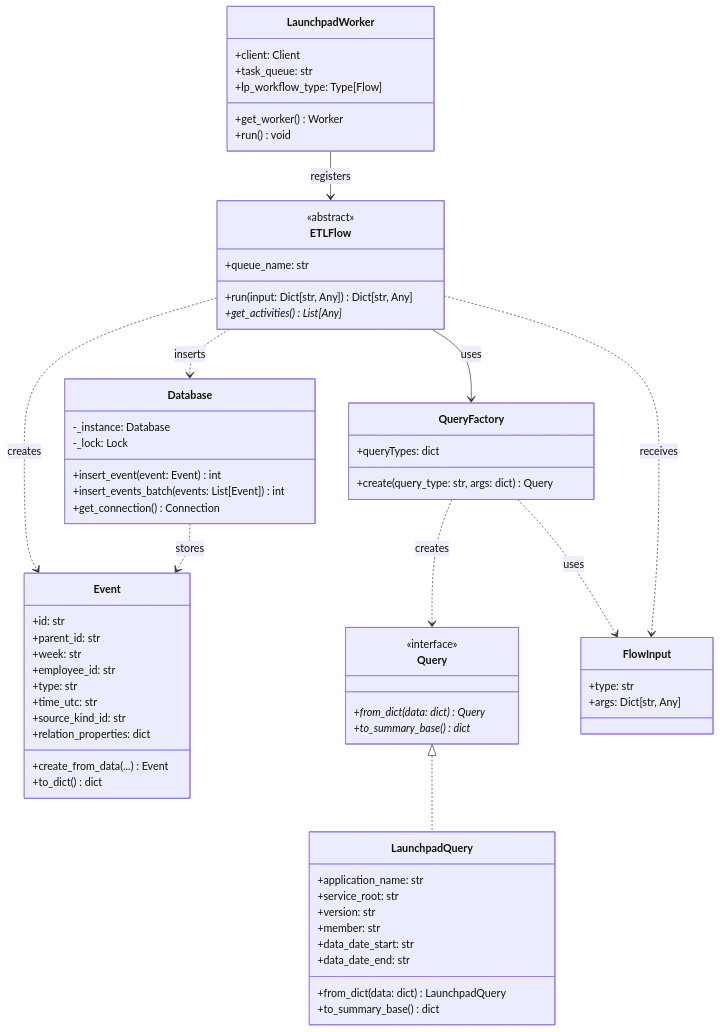
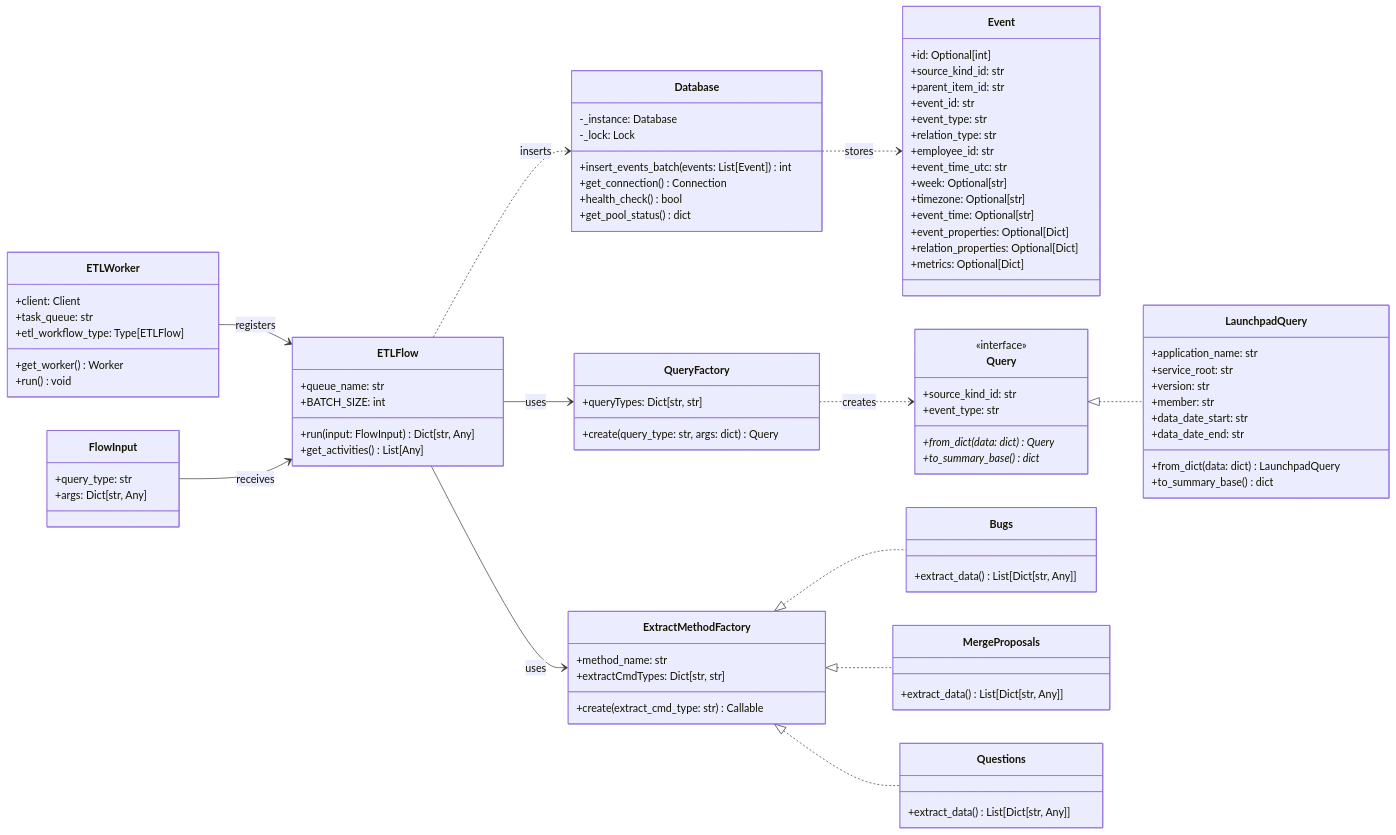
One commit to josecabralf/TemporalETL changed the diagram in README.md. Above: the diagram before and after it, drawn with Mermaid. The commit also changed other lines of this file and 3 other files, not shown here.

Commit message:
Updated readme to reflect changes Also added comments where due Change run_bugs_worker.py to worker.py after accomplishing standarization objective.

````diff
--- a/README.md
+++ b/README.md
@@ -30,79 +33,109 @@
 ```mermaid
 classDiagram
+direction LR
     class ETLFlow {
-        <<abstract>>
-        +queue_name: str
-        +run(input: Dict[str, Any]) Dict[str, Any]
-        +get_activities()* List[Any]
+	    +queue_name: str
+	    +BATCH_SIZE: int
+	    +run(input: FlowInput) Dict[str, Any]
+	    +get_activities() List[Any]
     }
-    
+
     class Event {
-        +id: str
-        +parent_id: str
-        +week: str
-        +employee_id: str
-        +type: str
-        +time_utc: str
-        +source_kind_id: str
-        +relation_properties: dict
-        +create_from_data(...) Event
-        +to_dict() dict
+	    +id: Optional[int]
+	    +source_kind_id: str
+	    +parent_item_id: str
+	    +event_id: str
+	    +event_type: str
+	    +relation_type: str
+	    +employee_id: str
+	    +event_time_utc: str
+	    +week: Optional[str]
+	    +timezone: Optional[str]
+	    +event_time: Optional[str]
+	    +event_properties: Optional[Dict]
+	    +relation_properties: Optional[Dict]
+	    +metrics: Optional[Dict]
     }
 
     class Query {
-        <<interface>>
-        +from_dict(data: dict)* Query
-        +to_summary_base()* dict
+	    +source_kind_id: str
+	    +event_type: str
+	    +from_dict(data: dict) Query*
+	    +to_summary_base() dict*
     }
-    
+
     class LaunchpadQuery {
-        +application_name: str
-        +service_root: str
-        +version: str
-        +member: str
-        +data_date_start: str
-        +data_date_end: str
-        +from_dict(data: dict) LaunchpadQuery
-        +to_summary_base() dict
+	    +application_name: str
+	    +service_root: str
+	    +version: str
+	    +member: str
+	    +data_date_start: str
+	    +data_date_end: str
+	    +from_dict(data: dict) LaunchpadQuery
+	    +to_summary_base() dict
     }
-    
+
     class QueryFactory {
-        +queryTypes: dict
-        +create(query_type: str, args: dict) Query
+	    +queryTypes: Dict[str, str]
+	    +create(query_type: str, args: dict) Query
     }
-    
+
     class FlowInput {
-        +type: str
-        +args: Dict[str, Any]
+	    +query_type: str
+	    +args: Dict[str, Any]
     }
-    
+
     class Database {
-        -_instance: Database
-        -_lock: Lock
-        +insert_event(event: Event) int
-        +insert_events_batch(events: List[Event]) int
-        +get_connection() Connection
+	    -_instance: Database
+	    -_lock: Lock
+	    +insert_events_batch(events: List[Event]) int
+	    +get_connection() Connection
+	    +health_check() bool
+	    +get_pool_status() dict
     }
-    
-    class LaunchpadWorker {
-        +client: Client
-        +task_queue: str
-        +lp_workflow_type: Type[Flow]
-        +get_worker() Worker
-        +run() void
+
+    class ExtractMethodFactory {
+	    +method_name: str
+	    +extractCmdTypes: Dict[str, str]
+	    +create(extract_cmd_type: str) Callable
     }
-    
+
+    class ETLWorker {
+	    +client: Client
+	    +task_queue: str
+	    +etl_workflow_type: Type[ETLFlow]
+	    +get_worker() Worker
+	    +run() void
+    }
+
+    class Bugs {
+	    +extract_data() List[Dict[str, Any]]
+    }
+
+    class MergeProposals {
+	    +extract_data() List[Dict[str, Any]]
+    }
+
+    class Questions {
+	    +extract_data() List[Dict[str, Any]]
+    }
+
+	<<interface>> Query
+
+    ETLWorker --> ETLFlow : registers
+
     ETLFlow --> QueryFactory : uses
-    ETLFlow ..> Event : creates
+    ETLFlow --> ExtractMethodFactory : uses
     ETLFlow ..> Database : inserts
     
+    FlowInput --> ETLFlow : receives
+
+    QueryFactory ..> Query : creates
     Query <|.. LaunchpadQuery
-    QueryFactory ..> Query : creates
-    QueryFactory ..> FlowInput : uses
-    
-    ETLFlow ..> FlowInput : receives
-    
-    LaunchpadWorker --> ETLFlow : registers
-    
+
     Database ..> Event : stores
+
+    ExtractMethodFactory <|.. Bugs
+    ExtractMethodFactory <|.. MergeProposals
+    ExtractMethodFactory <|.. Questions
 ```
````
